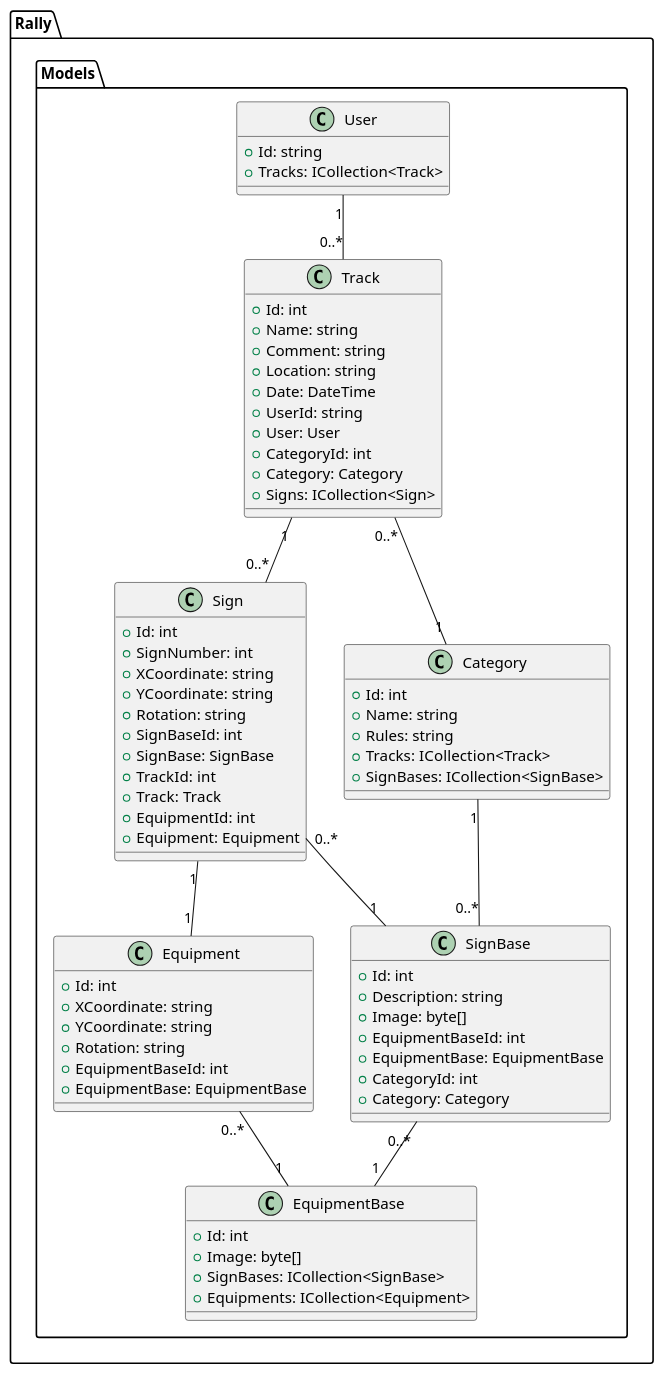
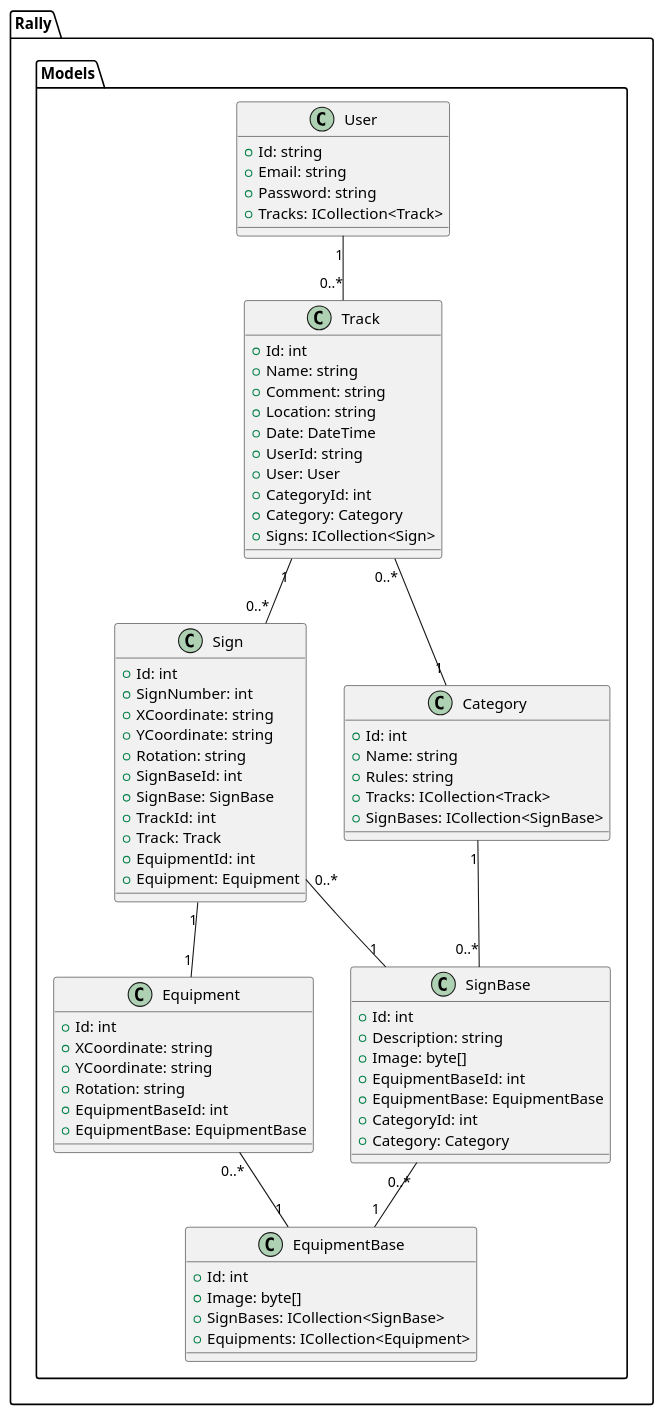
One commit to DMOoF23-Team7-CAT/Project-Team7-Semester3 changed the diagram in Dodumentation/DSD_Models.wsd. Above: the diagram before and after it, drawn with PlantUML. The commit also changed 2 other files, not shown here.

```diff
--- a/Dodumentation/DSD_Models.wsd
+++ b/Dodumentation/DSD_Models.wsd
@@ -1,81 +1,83 @@
 @startuml Design Class Diagram for models
 
 namespace Rally.Models {
     class User {
         + Id: string
+        + Email: string
+        + Password: string
         + Tracks: ICollection<Track>
     }
 
     class Track {
         + Id: int
         + Name: string
         + Comment: string
         + Location: string
         + Date: DateTime
         + UserId: string
         + User: User
         + CategoryId: int
         + Category: Category
         + Signs: ICollection<Sign>
     }
 
     class Sign {
         + Id: int
         + SignNumber: int
         + XCoordinate: string
         + YCoordinate: string
         + Rotation: string
         + SignBaseId: int
         + SignBase: SignBase
         + TrackId: int
         + Track: Track
         + EquipmentId: int
         + Equipment: Equipment
     }
 
     class Equipment {
         + Id: int
         + XCoordinate: string
         + YCoordinate: string
         + Rotation: string
         + EquipmentBaseId: int
         + EquipmentBase: EquipmentBase
     }
 
     class EquipmentBase {
         + Id: int
         + Image: byte[]
         + SignBases: ICollection<SignBase>
         + Equipments: ICollection<Equipment>
     }
 
     class SignBase {
         + Id: int
         + Description: string
         + Image: byte[]
         + EquipmentBaseId: int
         + EquipmentBase: EquipmentBase
         + CategoryId: int
         + Category: Category
     }
 
     class Category {
         + Id: int
         + Name: string
         + Rules: string
         + Tracks: ICollection<Track>
         + SignBases: ICollection<SignBase>
     }
 
     User "1" -- "0..*" Track
     Track "0..*" -- "1" Category
     Track "1" -- "0..*" Sign
     Sign "0..*" -- "1" SignBase
     Sign "1" -- "1" Equipment
     Equipment "0..*" -- "1" EquipmentBase
     SignBase "0..*" -- "1" EquipmentBase
     Category "1" -- "0..*" SignBase
 
 }
 
 @enduml
```
